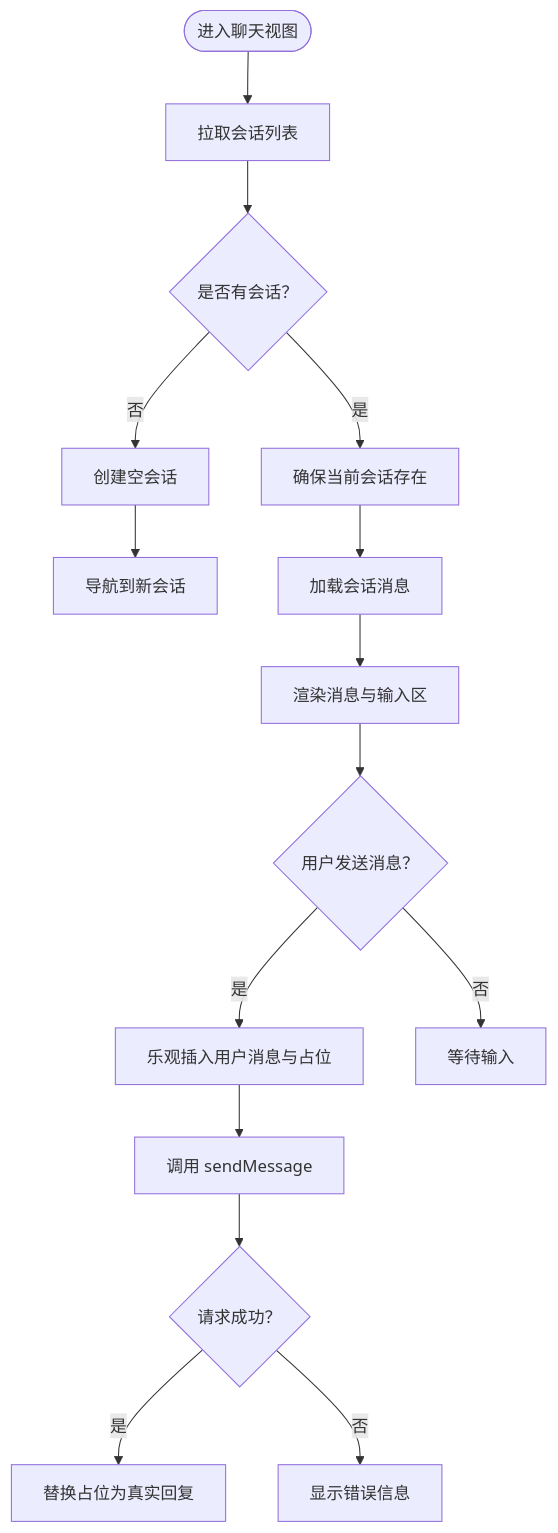
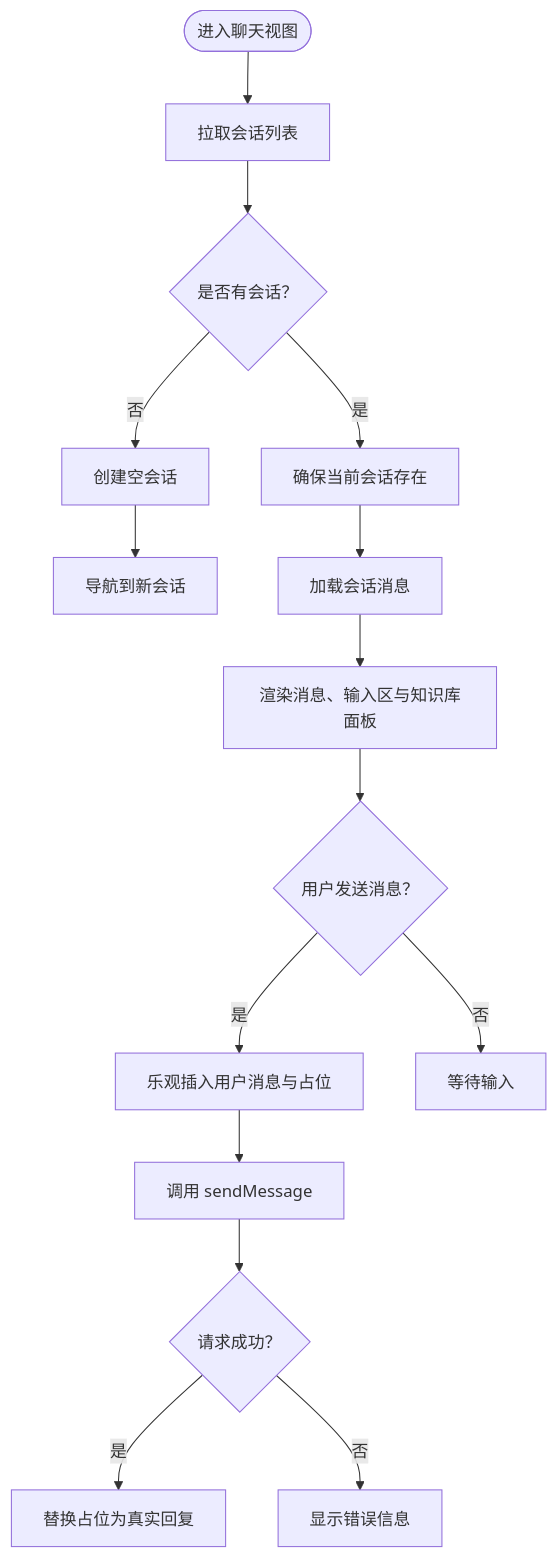
Before and after one commit to xyx1028/agentHelp: the fourth of 8 diagrams in .qoder/repowiki/zh/content/架构设计/前端 React 应用.md, drawn with Mermaid. The commit also changed other lines of this file and 115 other files, not shown here.

````diff
--- a/.qoder/repowiki/zh/content/架构设计/前端 React 应用.md
+++ b/.qoder/repowiki/zh/content/架构设计/前端 React 应用.md
@@ -154,17 +163,17 @@
 ```mermaid
 flowchart TD
 Start(["进入聊天视图"]) --> LoadConversations["拉取会话列表"]
 LoadConversations --> HasConversations{"是否有会话？"}
 HasConversations --> |否| CreateOne["创建空会话"]
 HasConversations --> |是| EnsureActive["确保当前会话存在"]
 CreateOne --> NavigateToFirst["导航到新会话"]
 EnsureActive --> LoadMessages["加载会话消息"]
-LoadMessages --> RenderUI["渲染消息与输入区"]
+LoadMessages --> RenderUI["渲染消息、输入区与知识库面板"]
 RenderUI --> SendMsg{"用户发送消息？"}
 SendMsg --> |是| Optimistic["乐观插入用户消息与占位"]
 Optimistic --> CallAPI["调用 sendMessage"]
 CallAPI --> Success{"请求成功？"}
 Success --> |是| ReplacePending["替换占位为真实回复"]
 Success --> |否| ShowError["显示错误信息"]
 SendMsg --> |否| Idle["等待输入"]
 ```
````
